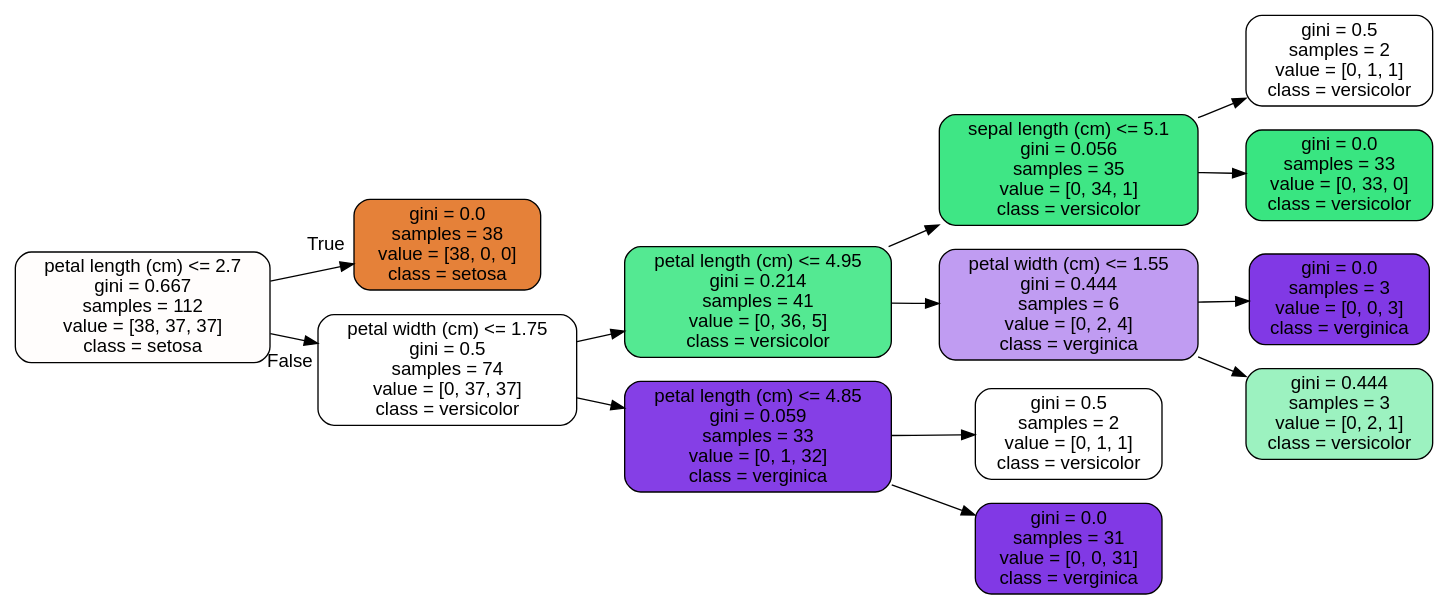
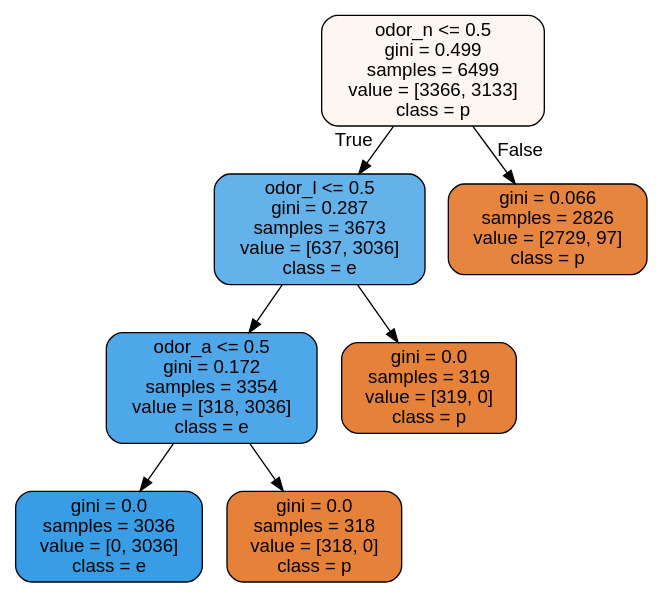
The diagram in ML/day07/tree.dot (znsepahs/KDT), drawn with Graphviz before and after one commit. The commit also changed 7 other files, not shown here.

```diff
--- a/ML/day07/tree.dot
+++ b/ML/day07/tree.dot
@@ -1,30 +1,17 @@
 digraph Tree {
 node [shape=box, style="filled, rounded", color="black", fontname="helvetica"] ;
 edge [fontname="helvetica"] ;
-rankdir=LR ;
-0 [label="petal length (cm) <= 2.7\ngini = 0.667\nsamples = 112\nvalue = [38, 37, 37]\nclass = setosa", fillcolor="#fffdfc"] ;
-1 [label="gini = 0.0\nsamples = 38\nvalue = [38, 0, 0]\nclass = setosa", fillcolor="#e58139"] ;
-0 -> 1 [labeldistance=2.5, labelangle=-45, headlabel="True"] ;
-2 [label="petal width (cm) <= 1.75\ngini = 0.5\nsamples = 74\nvalue = [0, 37, 37]\nclass = versicolor", fillcolor="#ffffff"] ;
-0 -> 2 [labeldistance=2.5, labelangle=45, headlabel="False"] ;
-3 [label="petal length (cm) <= 4.95\ngini = 0.214\nsamples = 41\nvalue = [0, 36, 5]\nclass = versicolor", fillcolor="#54e992"] ;
+0 [label="odor_n <= 0.5\ngini = 0.499\nsamples = 6499\nvalue = [3366, 3133]\nclass = p", fillcolor="#fdf6f1"] ;
+1 [label="odor_l <= 0.5\ngini = 0.287\nsamples = 3673\nvalue = [637, 3036]\nclass = e", fillcolor="#63b2ea"] ;
+0 -> 1 [labeldistance=2.5, labelangle=45, headlabel="True"] ;
+2 [label="odor_a <= 0.5\ngini = 0.172\nsamples = 3354\nvalue = [318, 3036]\nclass = e", fillcolor="#4ea7e8"] ;
+1 -> 2 ;
+3 [label="gini = 0.0\nsamples = 3036\nvalue = [0, 3036]\nclass = e", fillcolor="#399de5"] ;
 2 -> 3 ;
-4 [label="sepal length (cm) <= 5.1\ngini = 0.056\nsamples = 35\nvalue = [0, 34, 1]\nclass = versicolor", fillcolor="#3fe685"] ;
-3 -> 4 ;
-5 [label="gini = 0.5\nsamples = 2\nvalue = [0, 1, 1]\nclass = versicolor", fillcolor="#ffffff"] ;
-4 -> 5 ;
-6 [label="gini = 0.0\nsamples = 33\nvalue = [0, 33, 0]\nclass = versicolor", fillcolor="#39e581"] ;
-4 -> 6 ;
-7 [label="petal width (cm) <= 1.55\ngini = 0.444\nsamples = 6\nvalue = [0, 2, 4]\nclass = verginica", fillcolor="#c09cf2"] ;
-3 -> 7 ;
-8 [label="gini = 0.0\nsamples = 3\nvalue = [0, 0, 3]\nclass = verginica", fillcolor="#8139e5"] ;
-7 -> 8 ;
-9 [label="gini = 0.444\nsamples = 3\nvalue = [0, 2, 1]\nclass = versicolor", fillcolor="#9cf2c0"] ;
-7 -> 9 ;
-10 [label="petal length (cm) <= 4.85\ngini = 0.059\nsamples = 33\nvalue = [0, 1, 32]\nclass = verginica", fillcolor="#853fe6"] ;
-2 -> 10 ;
-11 [label="gini = 0.5\nsamples = 2\nvalue = [0, 1, 1]\nclass = versicolor", fillcolor="#ffffff"] ;
-10 -> 11 ;
-12 [label="gini = 0.0\nsamples = 31\nvalue = [0, 0, 31]\nclass = verginica", fillcolor="#8139e5"] ;
-10 -> 12 ;
+4 [label="gini = 0.0\nsamples = 318\nvalue = [318, 0]\nclass = p", fillcolor="#e58139"] ;
+2 -> 4 ;
+5 [label="gini = 0.0\nsamples = 319\nvalue = [319, 0]\nclass = p", fillcolor="#e58139"] ;
+1 -> 5 ;
+6 [label="gini = 0.066\nsamples = 2826\nvalue = [2729, 97]\nclass = p", fillcolor="#e68540"] ;
+0 -> 6 [labeldistance=2.5, labelangle=-45, headlabel="False"] ;
 }
```
